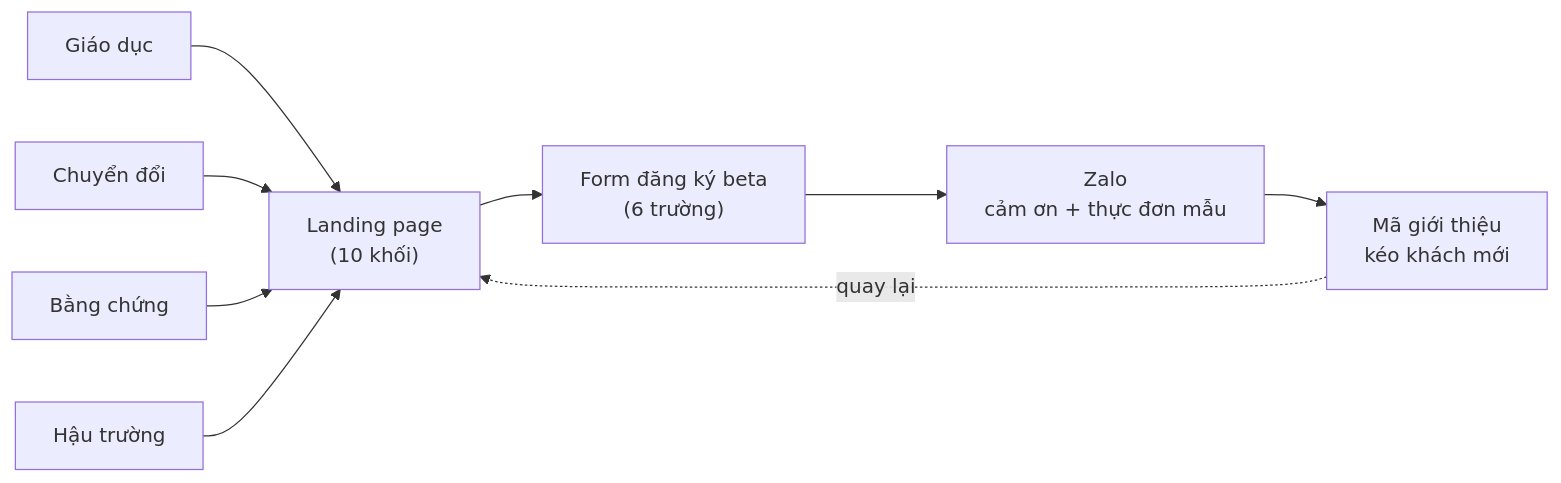
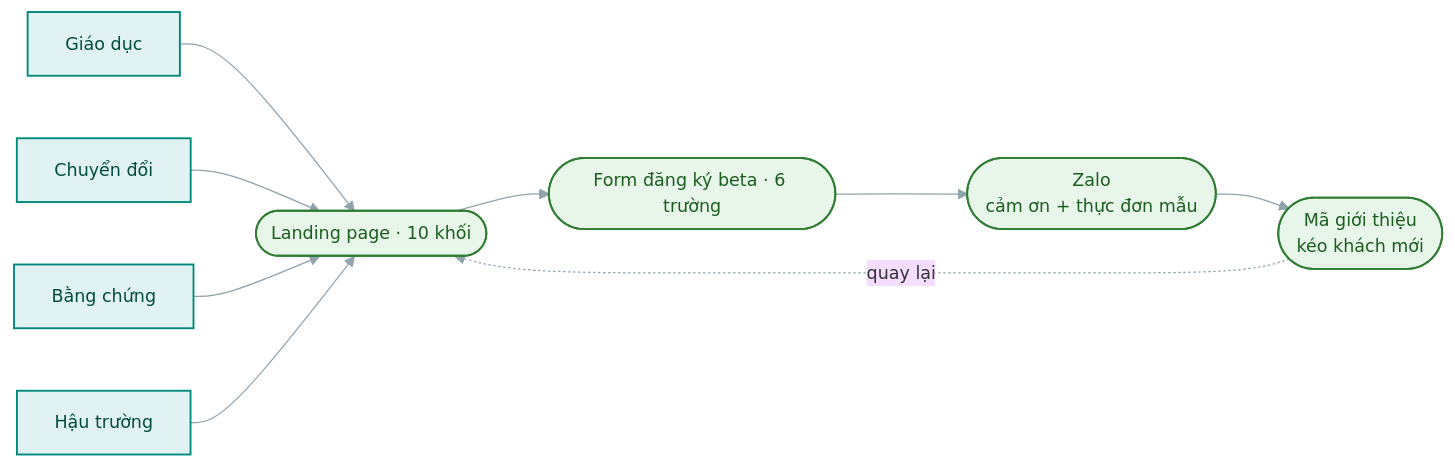
The first of 2 diagrams in docs/PA3-quang-ba/08-hoat-dong-marketing-giai-doan-dau.md (KieuDuyennn/start-up_nutriplan), drawn with Mermaid before and after one commit. The commit also changed other lines of this file, not shown here.

Commit message:
style(pa3): restyle item 8 journey and content mix diagrams

````diff
--- a/docs/PA3-quang-ba/08-hoat-dong-marketing-giai-doan-dau.md
+++ b/docs/PA3-quang-ba/08-hoat-dong-marketing-giai-doan-dau.md
@@ -19,11 +19,16 @@
 ```mermaid
+%%{init: {'theme':'base','themeVariables':{'fontFamily':'Segoe UI, Roboto, sans-serif','fontSize':'14px','lineColor':'#90A4AE'}}}%%
 flowchart LR
   G["Giáo dục"] --> LP
   Cv["Chuyển đổi"] --> LP
   Bc["Bằng chứng"] --> LP
   Ht["Hậu trường"] --> LP
-  LP["Landing page<br/>(10 khối)"] --> F["Form đăng ký beta<br/>(6 trường)"]
-  F --> Z["Zalo<br/>cảm ơn + thực đơn mẫu"]
-  Z --> Rf["Mã giới thiệu<br/>kéo khách mới"]
+  LP(["Landing page · 10 khối"]) --> F(["Form đăng ký beta · 6 trường"])
+  F --> Z(["Zalo<br/>cảm ơn + thực đơn mẫu"])
+  Z --> Rf(["Mã giới thiệu<br/>kéo khách mới"])
   Rf -. quay lại .-> LP
+  classDef content fill:#E0F2F1,stroke:#00897B,stroke-width:1.5px,color:#004D40;
+  classDef flow fill:#E8F5E9,stroke:#2E7D32,stroke-width:1.5px,color:#1B5E20;
+  class G,Cv,Bc,Ht content;
+  class LP,F,Z,Rf flow;
 ```
````
